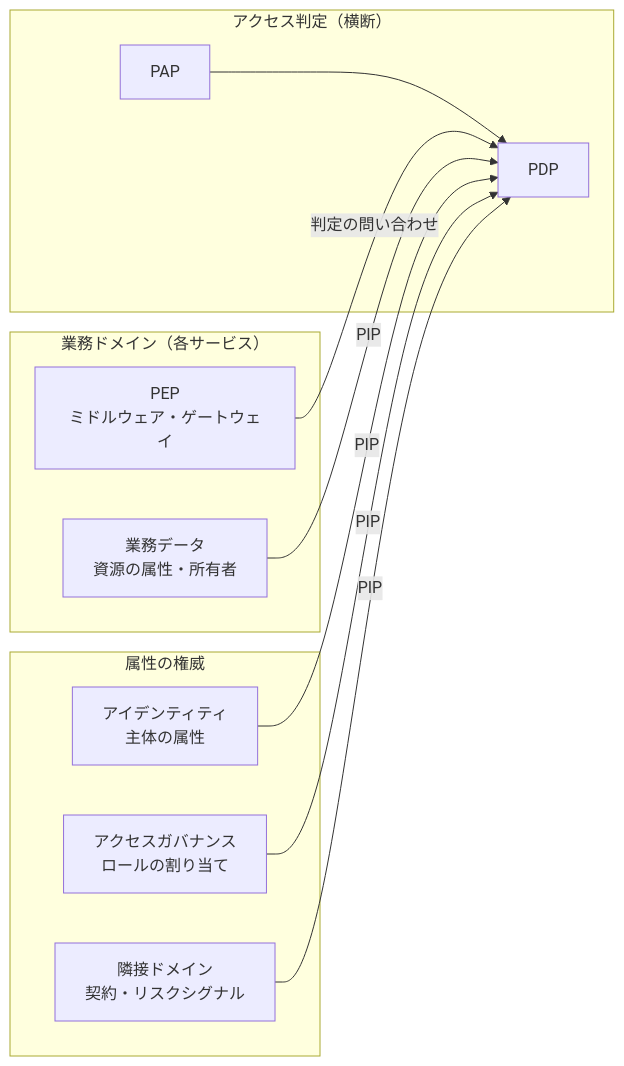
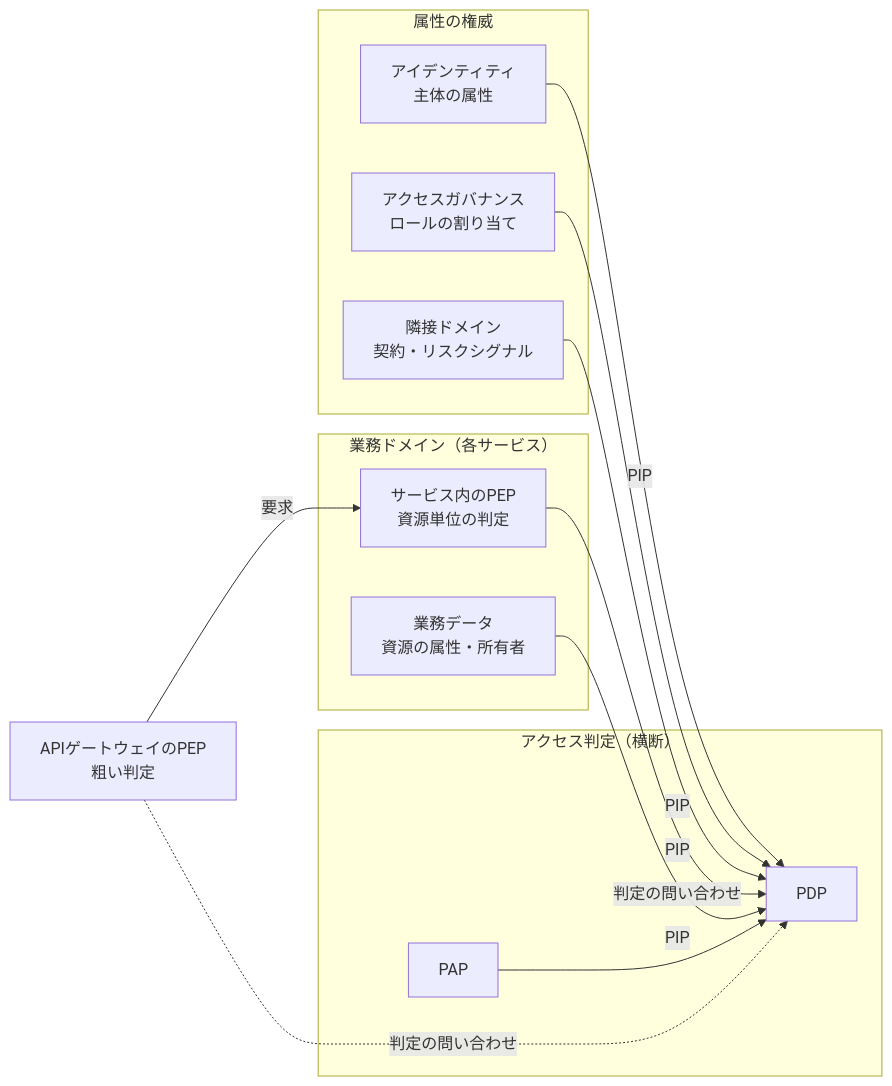
Before and after one commit to bmf-san/bmf-tech: the third of 4 diagrams in content/ja/posts/authorization-architecture-models-engines.md, drawn with Mermaid. The commit also changed other lines of this file and 1 other file, not shown here.

Commit message:
docs: 認可のモデルの記事で、PEPの図をゲートウェイとサービス内に分け、設計の要点を外し、モデルの組み合わせの図と一覧の出典の範囲を直す

````diff
--- a/content/ja/posts/authorization-architecture-models-engines.md
+++ b/content/ja/posts/authorization-architecture-models-engines.md
@@ -93,22 +93,25 @@
 ```mermaid
 flowchart LR
+    GW["APIゲートウェイのPEP<br/>粗い判定"]
     subgraph BIZ["業務ドメイン（各サービス）"]
-        PEP1["PEP<br/>ミドルウェア・ゲートウェイ"]
+        PEP1["サービス内のPEP<br/>資源単位の判定"]
         DATA["業務データ<br/>資源の属性・所有者"]
     end
     subgraph AD["アクセス判定（横断）"]
         PDP1["PDP"]
         PAP1["PAP"]
     end
     subgraph SRC["属性の権威"]
         IDN["アイデンティティ<br/>主体の属性"]
         GOV["アクセスガバナンス<br/>ロールの割り当て"]
         ADJ["隣接ドメイン<br/>契約・リスクシグナル"]
     end
+    GW -- "要求" --> PEP1
+    GW -. "判定の問い合わせ" .-> PDP1
     PEP1 -- "判定の問い合わせ" --> PDP1
     PAP1 --> PDP1
     IDN -- "PIP" --> PDP1
     GOV -- "PIP" --> PDP1
     ADJ -- "PIP" --> PDP1
     DATA -- "PIP" --> PDP1
 ```
````
